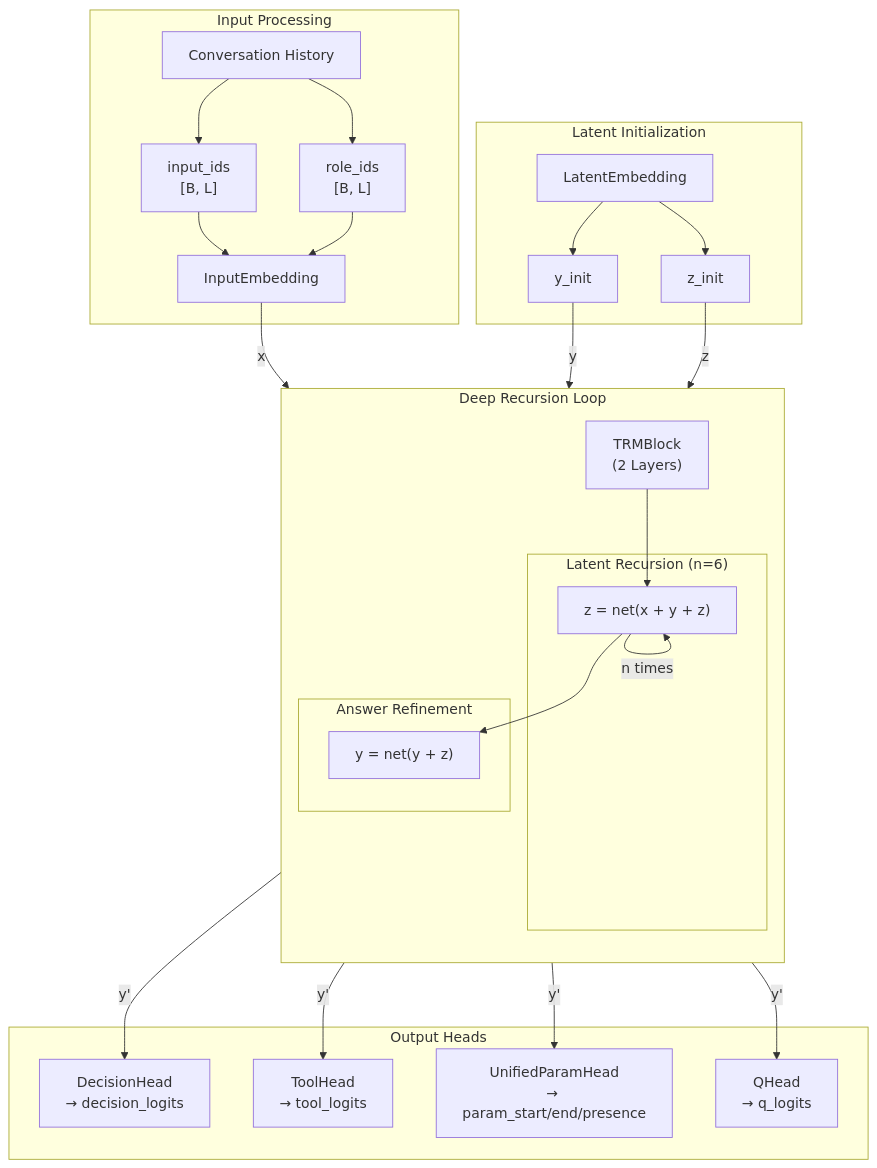
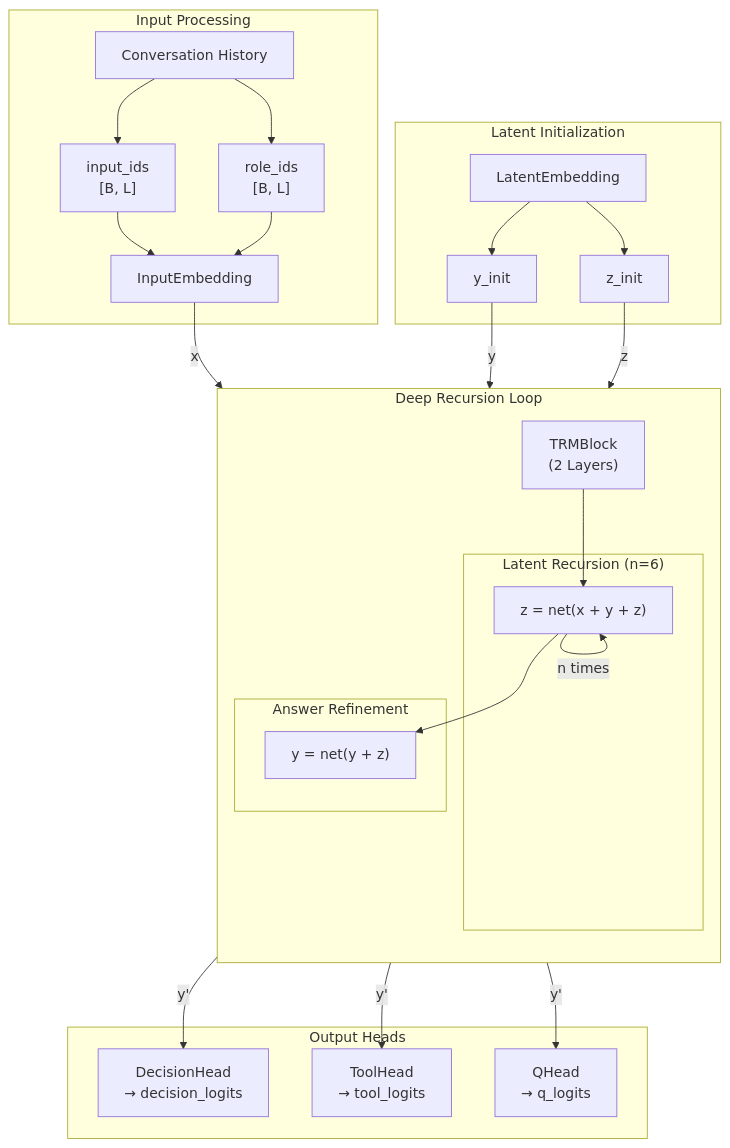
The first of 17 diagrams in docs/03_model_architecture.md (hienhayho/trm_agent), drawn with Mermaid before and after one commit. The commit also changed other lines of this file and 26 other files, not shown here.

````diff
--- a/docs/03_model_architecture.md
+++ b/docs/03_model_architecture.md
@@ -9,53 +11,51 @@
 ```mermaid
 flowchart TB
     subgraph Input["Input Processing"]
         Conversation["Conversation History"]
         input_ids["input_ids<br/>[B, L]"]
         role_ids["role_ids<br/>[B, L]"]
         InputEmbed["InputEmbedding"]
     end
 
     subgraph Latent["Latent Initialization"]
         LatentEmbed["LatentEmbedding"]
         y_init["y_init"]
         z_init["z_init"]
     end
 
     subgraph Recursion["Deep Recursion Loop"]
         direction TB
         TRMBlock["TRMBlock<br/>(2 Layers)"]
 
         subgraph LatentRecursion["Latent Recursion (n=6)"]
             z_update["z = net(x + y + z)"]
         end
 
         subgraph Refinement["Answer Refinement"]
             y_update["y = net(y + z)"]
         end
     end
 
     subgraph Outputs["Output Heads"]
         DecisionHead["DecisionHead<br/>→ decision_logits"]
         ToolHead["ToolHead<br/>→ tool_logits"]
-        UnifiedParamHead["UnifiedParamHead<br/>→ param_start/end/presence"]
         QHead["QHead<br/>→ q_logits"]
     end
 
     Conversation --> input_ids
     Conversation --> role_ids
     input_ids --> InputEmbed
     role_ids --> InputEmbed
     InputEmbed --> |"x"| TRMBlock
     LatentEmbed --> y_init
     LatentEmbed --> z_init
     y_init --> |"y"| TRMBlock
     z_init --> |"z"| TRMBlock
 
     TRMBlock --> z_update
     z_update --> |"n times"| z_update
     z_update --> y_update
     y_update --> |"y'"| DecisionHead
     y_update --> |"y'"| ToolHead
-    y_update --> |"y'"| UnifiedParamHead
     y_update --> |"y'"| QHead
 ```
````
